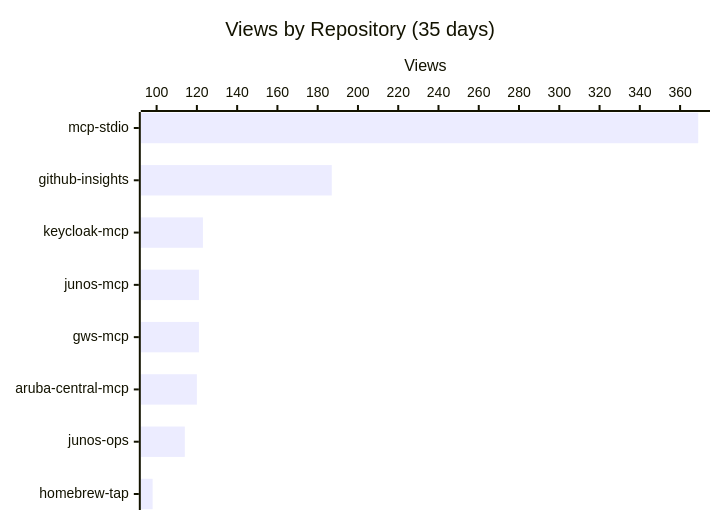
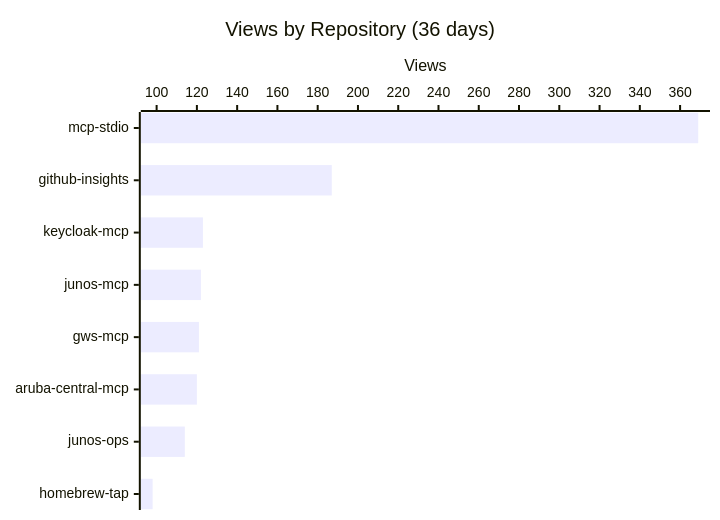
Before and after one commit to shigechika/github-insights: the first of 3 diagrams in README.md, drawn with Mermaid. The commit also changed other lines of this file and 1 other file, not shown here.

````diff
--- a/README.md
+++ b/README.md
@@ -14,7 +14,7 @@
 ```mermaid
 xychart-beta horizontal
-    title "Views by Repository (35 days)"
+    title "Views by Repository (36 days)"
     x-axis ["mcp-stdio", "github-insights", "keycloak-mcp", "junos-mcp", "gws-mcp", "aruba-central-mcp", "junos-ops", "homebrew-tap"]
     y-axis "Views"
-    bar [369, 187, 123, 121, 121, 120, 114, 98]
+    bar [369, 187, 123, 122, 121, 120, 114, 98]
 ```
````
